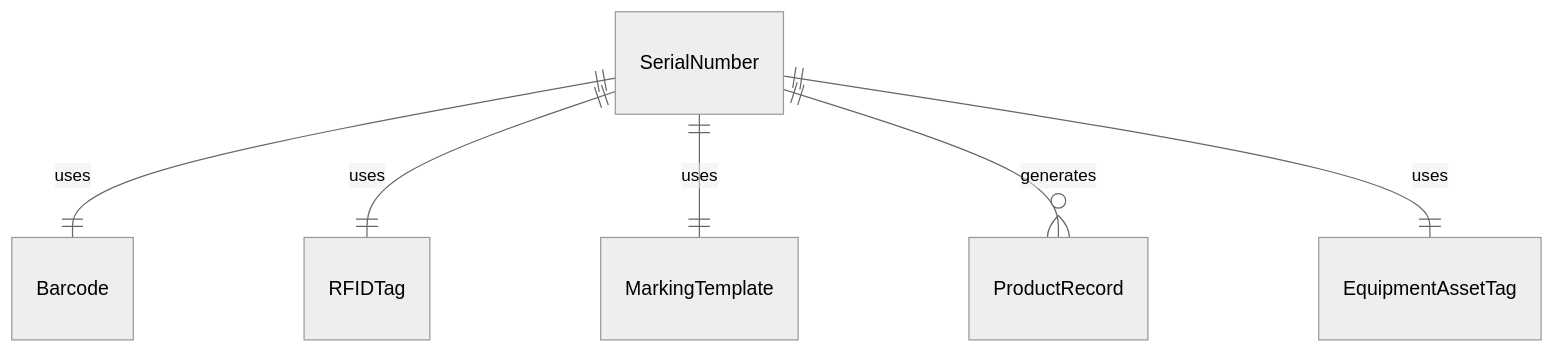
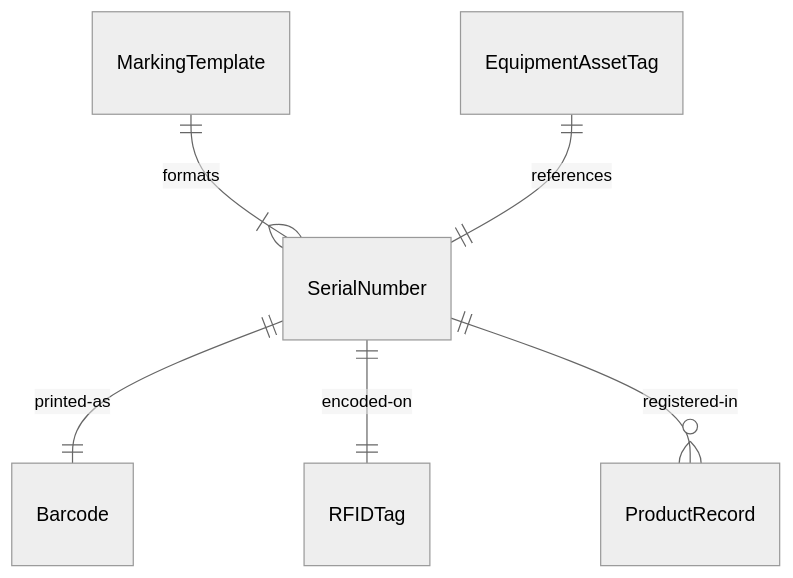
The first of 4 diagrams in IdentifyingObjectsActionsAndEvents/MarkMaterialsOrObjectsForIdentification/MarkProductsWorkpiecesEquipmentIdentifying.mdx (dot-org-ai/tasks.org.ai), drawn with Mermaid (neutral theme) before and after one commit. The commit also changed other lines of this file and 515 other files, not shown here.

````diff
--- a/IdentifyingObjectsActionsAndEvents/MarkMaterialsOrObjectsForIdentification/MarkProductsWorkpiecesEquipmentIdentifying.mdx
+++ b/IdentifyingObjectsActionsAndEvents/MarkMaterialsOrObjectsForIdentification/MarkProductsWorkpiecesEquipmentIdentifying.mdx
@@ -88,8 +88,8 @@
 ```mermaid
 erDiagram
-    SerialNumber ||--|| Barcode : "uses"
-    SerialNumber ||--|| RFIDTag : "uses"
-    SerialNumber ||--|| MarkingTemplate : "uses"
-    SerialNumber ||--o{ ProductRecord : "generates"
-    SerialNumber ||--|| EquipmentAssetTag : "uses"
+    SerialNumber ||--|| Barcode : "printed-as"
+    SerialNumber ||--|| RFIDTag : "encoded-on"
+    MarkingTemplate ||--|{ SerialNumber : "formats"
+    SerialNumber ||--o{ ProductRecord : "registered-in"
+    EquipmentAssetTag ||--|| SerialNumber : "references"
 ```
````
